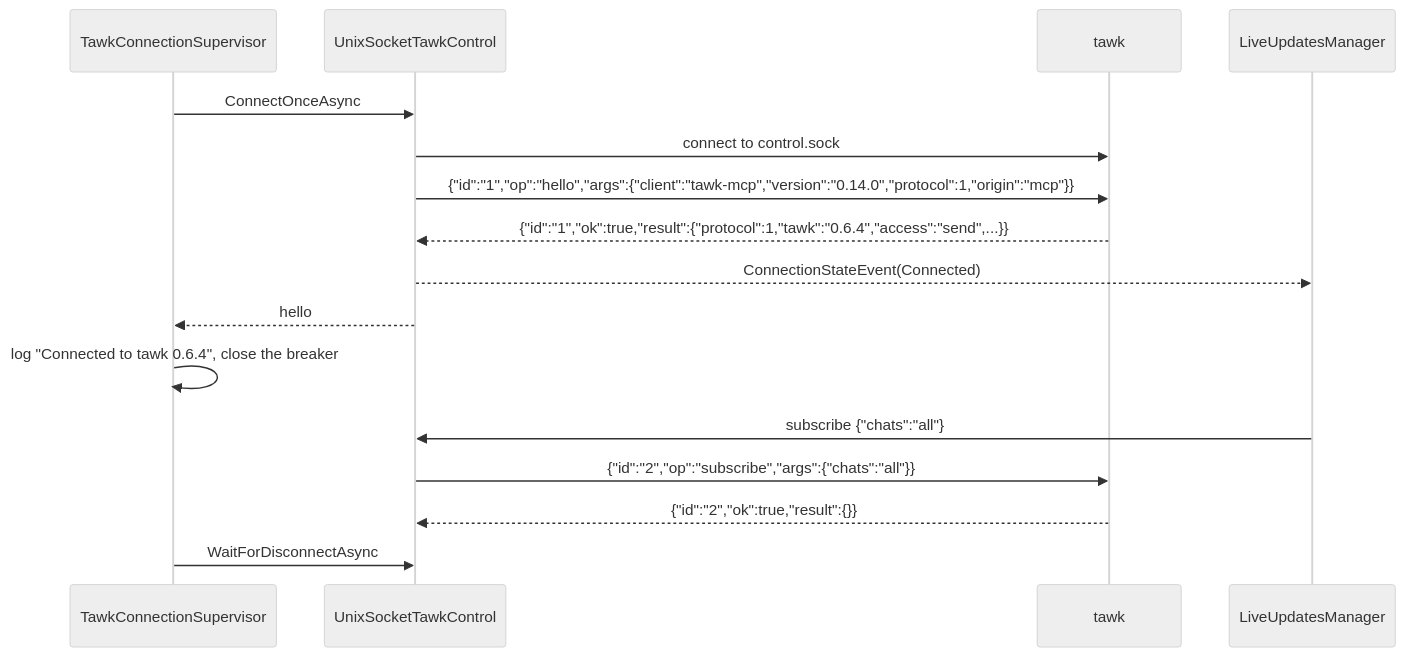
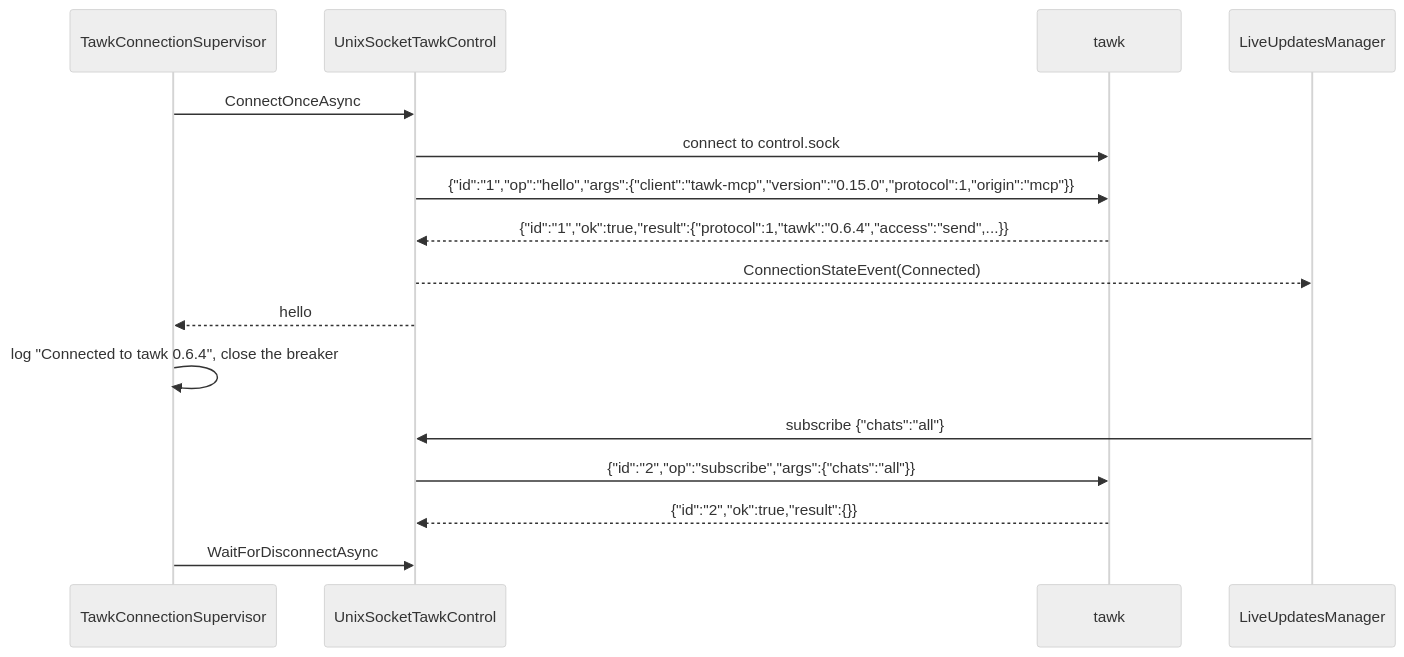
One commit to loganventer/Corvus.Mcp.Server.Tawk changed the first of 14 diagrams in HOW_IT_WORKS.md. Above: the diagram before and after it, drawn with Mermaid (neutral theme). The commit also changed 18 other files, not shown here.

````diff
--- a/HOW_IT_WORKS.md
+++ b/HOW_IT_WORKS.md
@@ -31,19 +31,19 @@
 ```mermaid
 sequenceDiagram
     participant S as TawkConnectionSupervisor
     participant C as UnixSocketTawkControl
     participant T as tawk
     participant L as LiveUpdatesManager
 
     S->>C: ConnectOnceAsync
     C->>T: connect to control.sock
-    C->>T: {"id":"1","op":"hello","args":{"client":"tawk-mcp","version":"0.14.0","protocol":1,"origin":"mcp"}}
+    C->>T: {"id":"1","op":"hello","args":{"client":"tawk-mcp","version":"0.15.0","protocol":1,"origin":"mcp"}}
     T-->>C: {"id":"1","ok":true,"result":{"protocol":1,"tawk":"0.6.4","access":"send",...}}
     C-->>L: ConnectionStateEvent(Connected)
     C-->>S: hello
     S->>S: log "Connected to tawk 0.6.4", close the breaker
     L->>C: subscribe {"chats":"all"}
     C->>T: {"id":"2","op":"subscribe","args":{"chats":"all"}}
     T-->>C: {"id":"2","ok":true,"result":{}}
     S->>C: WaitForDisconnectAsync
 ```
````
